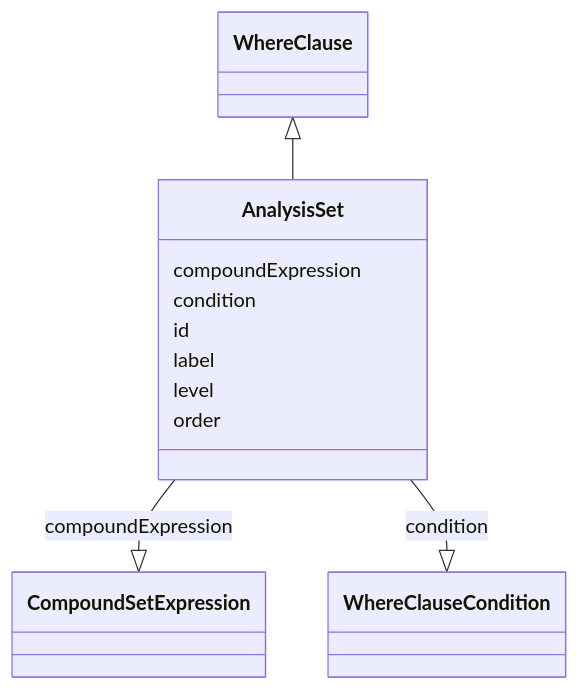
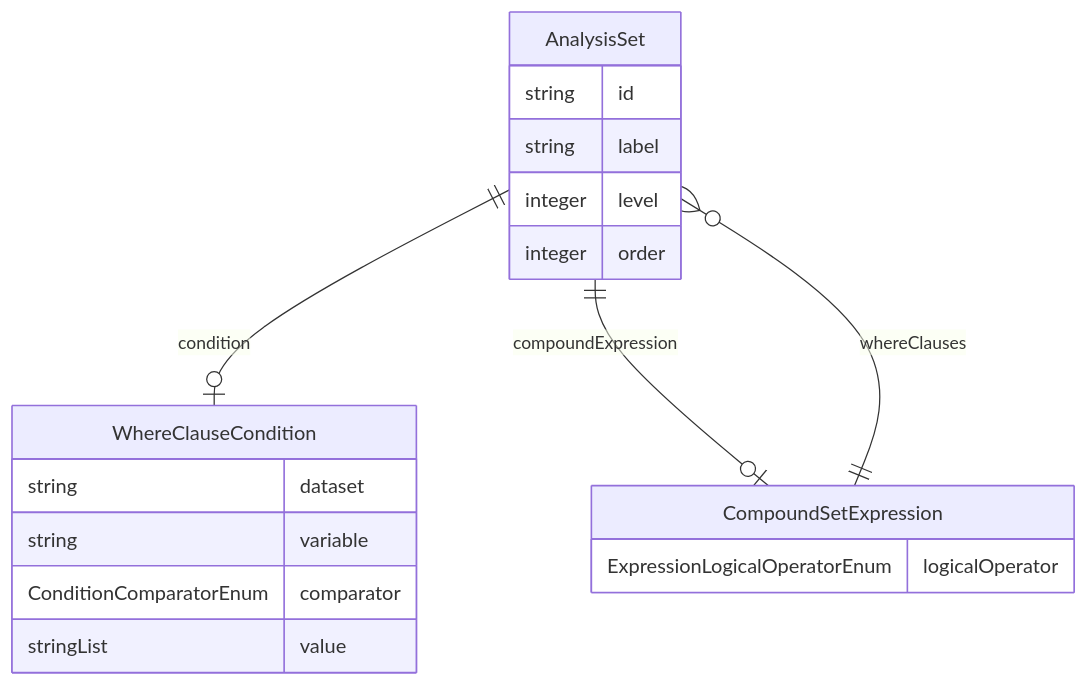
Before and after one commit to cdisc-org/analysis-results-standard: the diagram in project/docs/AnalysisSet.md, drawn with Mermaid. The commit also changed 131 other files, not shown here.

Commit message:
Add top-level diagram to documentation

````diff
--- a/project/docs/AnalysisSet.md
+++ b/project/docs/AnalysisSet.md
@@ -14,23 +13,23 @@
 ```mermaid
- classDiagram
-    class AnalysisSet
-      WhereClause <|-- AnalysisSet
-      
-      AnalysisSet : compoundExpression
-        
-          AnalysisSet --|> CompoundSetExpression : compoundExpression
-        
-      AnalysisSet : condition
-        
-          AnalysisSet --|> WhereClauseCondition : condition
-        
-      AnalysisSet : id
-        
-      AnalysisSet : label
-        
-      AnalysisSet : level
-        
-      AnalysisSet : order
-        
-      
+erDiagram
+AnalysisSet {
+    string id  
+    string label  
+    integer level  
+    integer order  
+}
+CompoundSetExpression {
+    ExpressionLogicalOperatorEnum logicalOperator  
+}
+WhereClauseCondition {
+    string dataset  
+    string variable  
+    ConditionComparatorEnum comparator  
+    stringList value  
+}
+
+AnalysisSet ||--|o WhereClauseCondition : "condition"
+AnalysisSet ||--|o CompoundSetExpression : "compoundExpression"
+CompoundSetExpression ||--}o AnalysisSet : "whereClauses"
+
 ```
````
